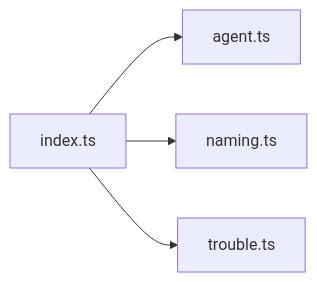
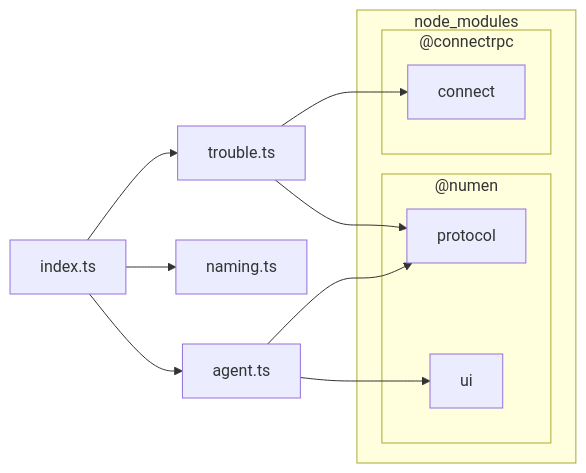
One commit to jiva-studio/numen changed the second of 5 diagrams in docs/dependencies.md. Above: the diagram before and after it, drawn with Mermaid. The commit also changed other lines of this file and 2 other files, not shown here.

````diff
--- a/docs/dependencies.md
+++ b/docs/dependencies.md
@@ -169,11 +360,24 @@
 ```mermaid
 flowchart LR
 
 0["agent.ts"]
 1["index.ts"]
 2["naming.ts"]
-3["trouble.ts"]
+subgraph 3["node_modules"]
+subgraph 4["@connectrpc"]
+5["connect"]
+end
+subgraph 6["@numen"]
+7["protocol"]
+8["ui"]
+end
+end
+9["trouble.ts"]
+0-->7
+0-->8
 1-->0
 1-->2
-1-->3
+1-->9
+9-->5
+9-->7
 ```
````
